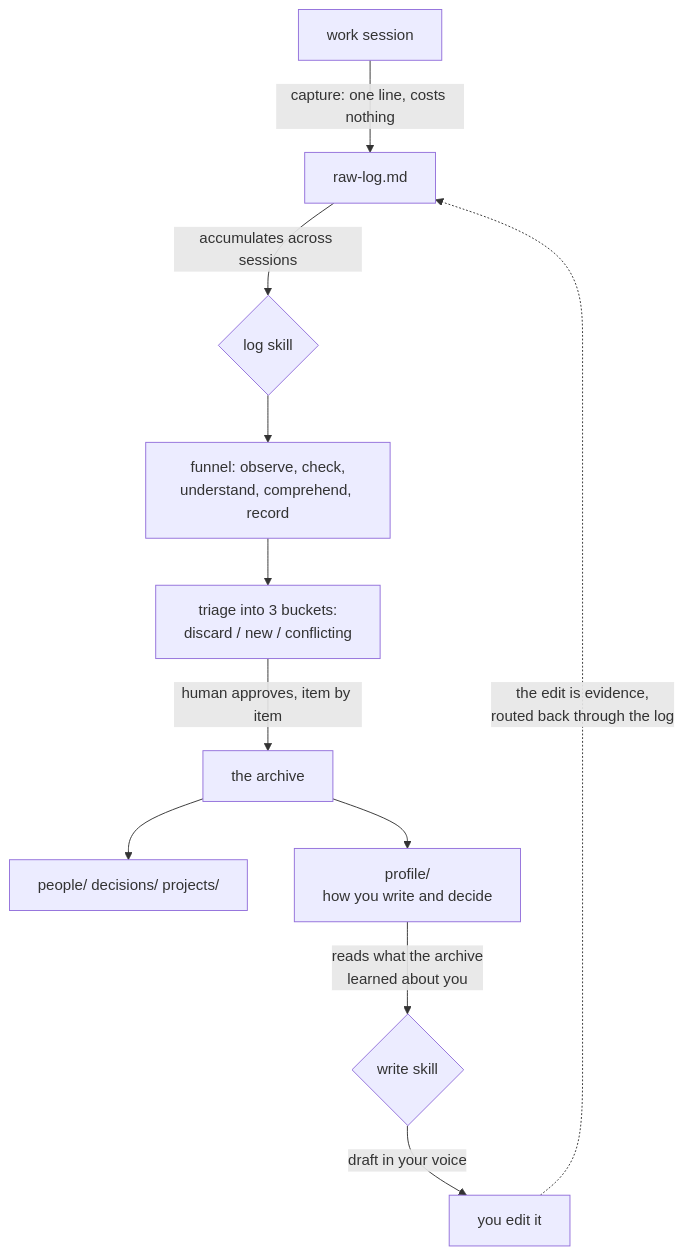
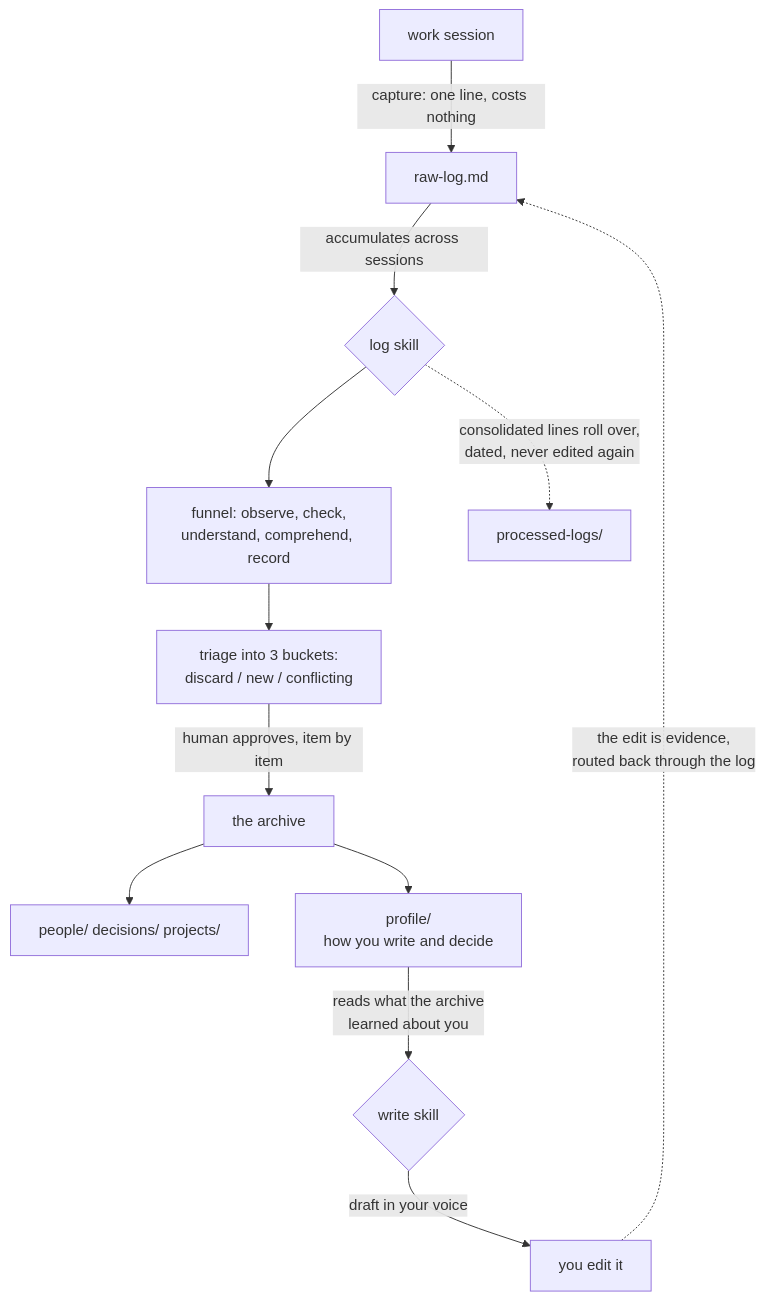
One commit to Valmor-R-Reichel/SGM changed the diagram in README.md. Above: the diagram before and after it, drawn with Mermaid. The commit also changed 3 other files, not shown here.

````diff
--- a/README.md
+++ b/README.md
@@ -35,13 +35,14 @@
 ```mermaid
 flowchart TD
     A["work session"] -->|"capture: one line, costs nothing"| B["raw-log.md"]
     B -->|"accumulates across sessions"| C{"log skill"}
     C --> D["funnel: observe, check,<br/>understand, comprehend, record"]
+    C -.->|"consolidated lines roll over,<br/>dated, never edited again"| K["processed-logs/"]
     D --> E["triage into 3 buckets:<br/>discard / new / conflicting"]
     E -->|"human approves, item by item"| F["the archive"]
     F --> G["people/ decisions/ projects/"]
     F --> H["profile/<br/>how you write and decide"]
     H -->|"reads what the archive<br/>learned about you"| I{"write skill"}
     I -->|"draft in your voice"| J["you edit it"]
     J -.->|"the edit is evidence,<br/>routed back through the log"| B
 ```
````
